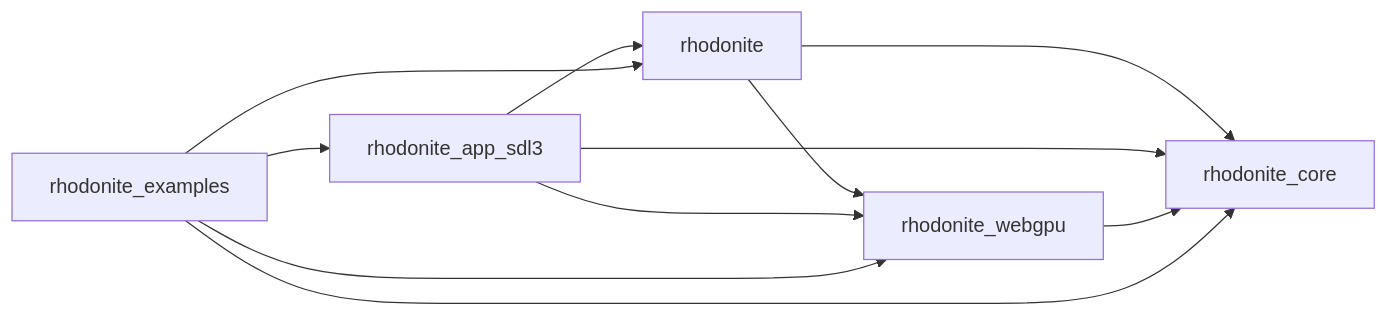
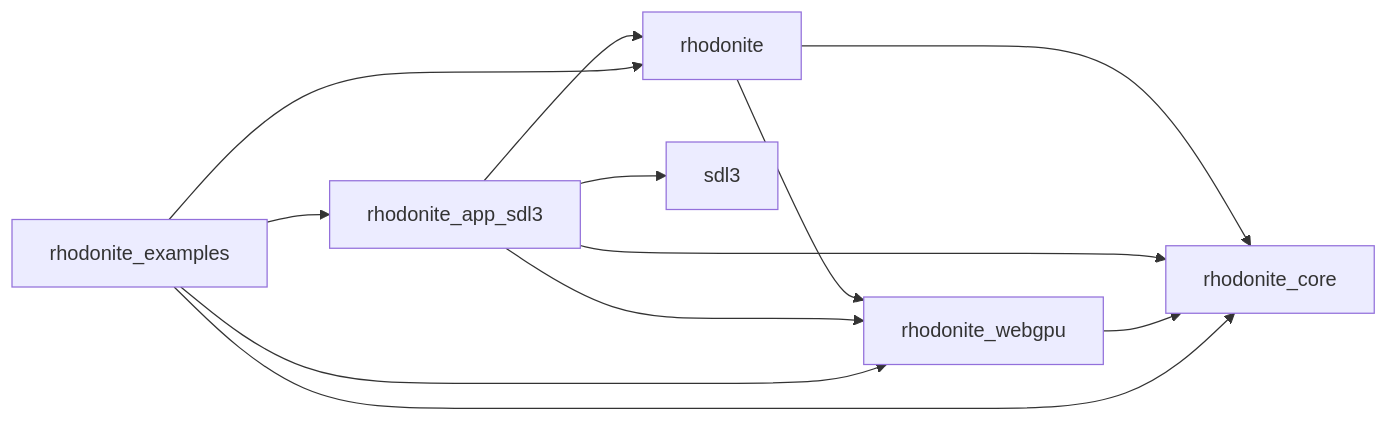
The diagram in docs/module_boundaries.md (emadurandal/RhodoniteMBT), drawn with Mermaid before and after one commit. The commit also changed other lines of this file and 68 other files, not shown here.

````diff
--- a/docs/module_boundaries.md
+++ b/docs/module_boundaries.md
@@ -50,18 +52,20 @@
 ```mermaid
 flowchart LR
   facade["rhodonite"]
   app_sdl3["rhodonite_app_sdl3"]
+  sdl3["sdl3"]
   webgpu["rhodonite_webgpu"]
   core["rhodonite_core"]
   examples["rhodonite_examples"]
   facade --> webgpu
   facade --> core
   app_sdl3 --> facade
+  app_sdl3 --> sdl3
   app_sdl3 --> webgpu
   app_sdl3 --> core
   examples --> facade
   examples --> app_sdl3
   webgpu --> core
   examples --> webgpu
   examples --> core
 ```
````
